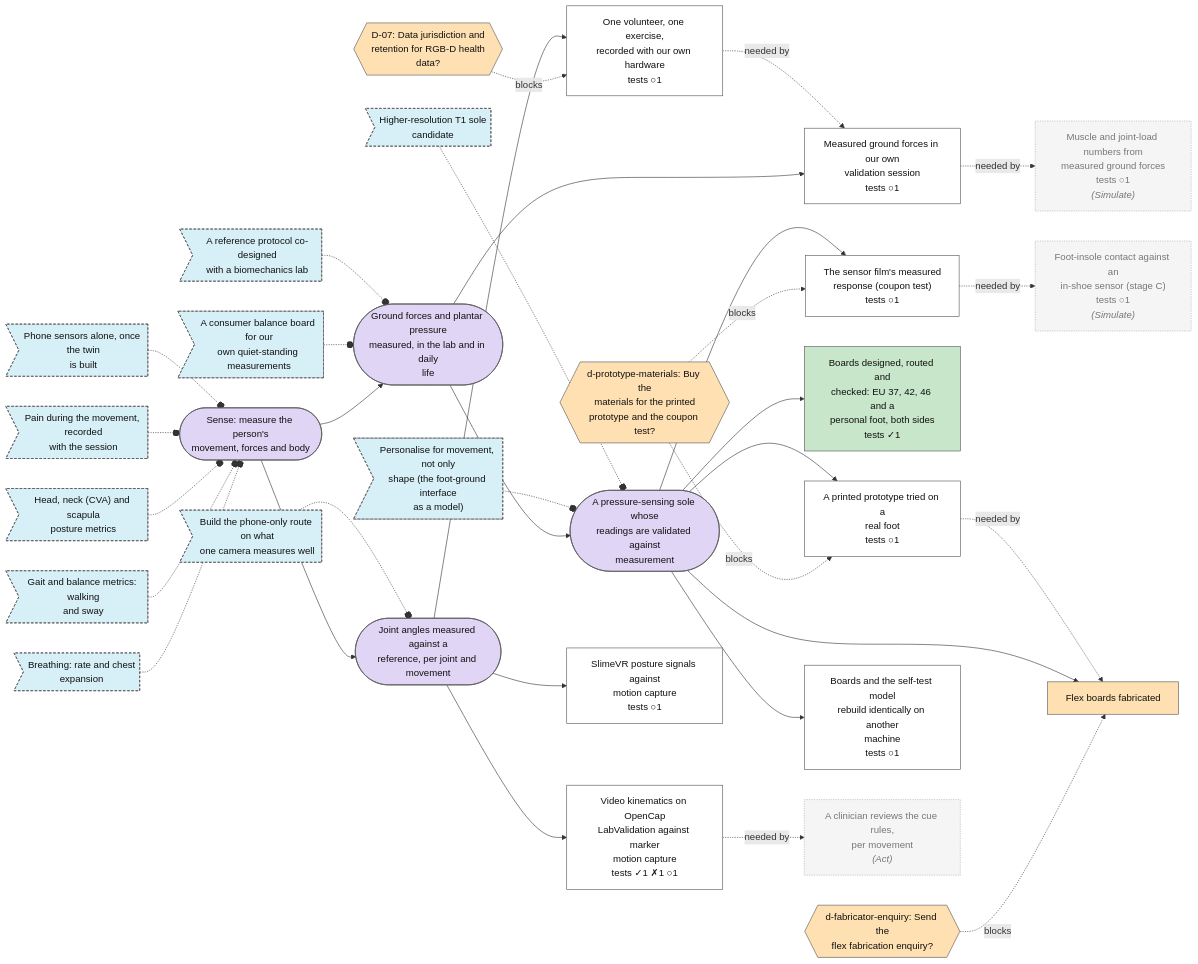
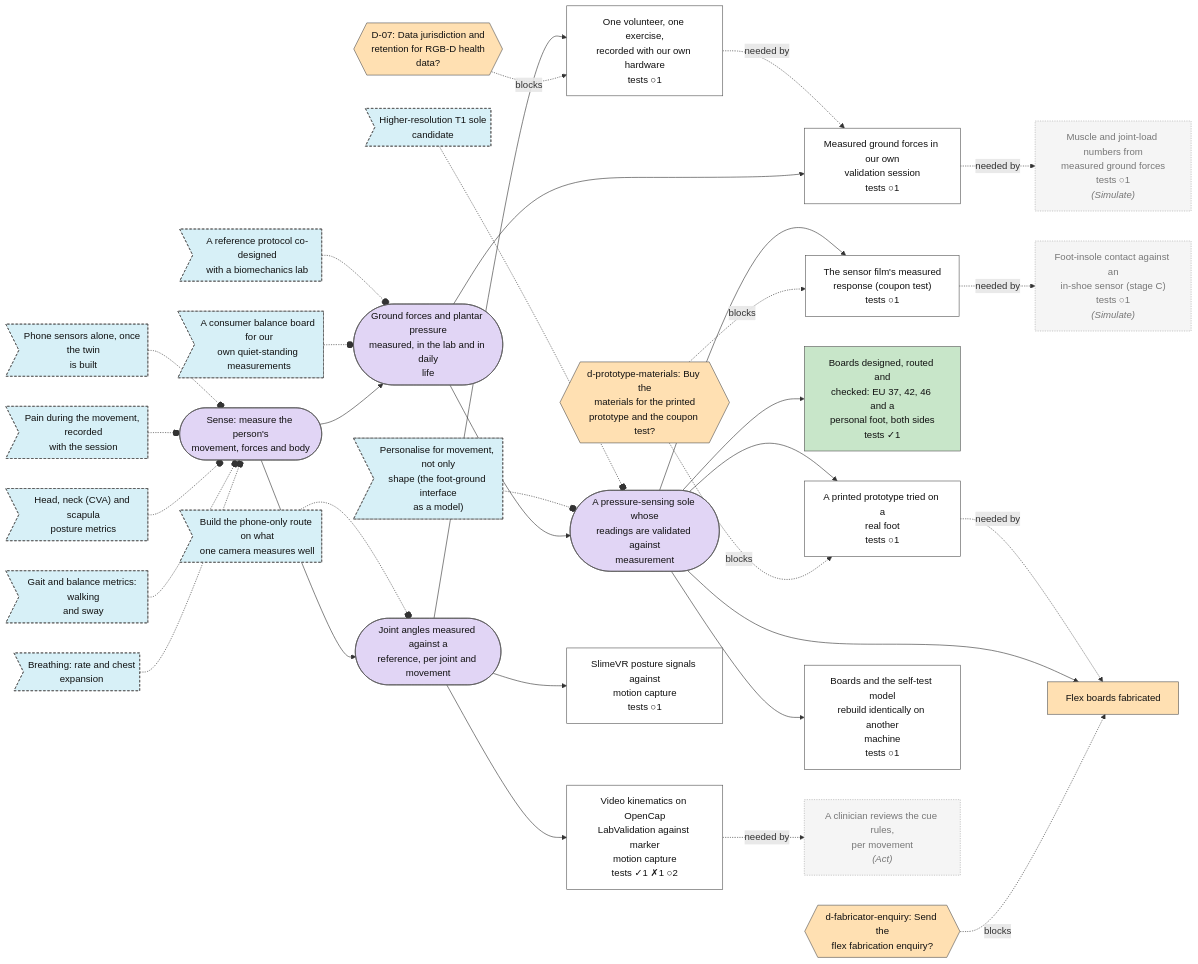
Before and after one commit to Sigurius23/Rehab-agent: the second of 7 diagrams in plan/MAP.md, drawn with Mermaid. The commit also changed other lines of this file and 2 other files, not shown here.

````diff
--- a/plan/MAP.md
+++ b/plan/MAP.md
@@ -47,82 +47,82 @@
 ```mermaid
 flowchart LR
   n0{{"D-07: Data jurisdiction and<br/>retention for RGB-D health<br/>data?"}}:::decision_open
   n1{{"d-fabricator-enquiry: Send the<br/>flex fabrication enquiry?"}}:::decision_open
   n2{{"d-prototype-materials: Buy the<br/>materials for the printed<br/>prototype and the coupon test?"}}:::decision_open
   n3["Measured ground forces in our own<br/>validation session<br/>tests ○1"]:::step_open
   n4(["Ground forces and plantar pressure<br/>measured, in the lab and in daily<br/>life"]):::goal_open
   n5(["Joint angles measured against a<br/>reference, per joint and movement"]):::goal_open
   n6(["A pressure-sensing sole whose<br/>readings are validated against<br/>measurement"]):::goal_open
   n7>"A consumer balance board for our<br/>own quiet-standing measurements"]:::idea_new
   n8>"Breathing: rate and chest<br/>expansion"]:::idea_new
   n9>"Gait and balance metrics: walking<br/>and sway"]:::idea_new
   n10>"Head, neck (CVA) and scapula<br/>posture metrics"]:::idea_new
   n11>"A reference protocol co-designed<br/>with a biomechanics lab"]:::idea_new
   n12>"Personalise for movement, not only<br/>shape (the foot-ground interface<br/>as a model)"]:::idea_new
   n13>"Build the phone-only route on what<br/>one camera measures well"]:::idea_new
   n14>"Pain during the movement, recorded<br/>with the session"]:::idea_new
   n15>"Phone sensors alone, once the twin<br/>is built"]:::idea_new
   n16>"Higher-resolution T1 sole<br/>candidate"]:::idea_new
-  n17["Video kinematics on OpenCap<br/>LabValidation against marker<br/>motion capture<br/>tests ✓1 ✗1 ○1"]:::step_open
+  n17["Video kinematics on OpenCap<br/>LabValidation against marker<br/>motion capture<br/>tests ✓1 ✗1 ○2"]:::step_open
   n18["One volunteer, one exercise,<br/>recorded with our own hardware<br/>tests ○1"]:::step_open
   n19(["Sense: measure the person's<br/>movement, forces and body"]):::goal_open
   n20["Boards designed, routed and<br/>checked: EU 37, 42, 46 and a<br/>personal foot, both sides<br/>tests ✓1"]:::step_done
   n21["The sensor film's measured<br/>response (coupon test)<br/>tests ○1"]:::step_open
   n22["Flex boards fabricated"]:::step_blocked
   n23["A printed prototype tried on a<br/>real foot<br/>tests ○1"]:::step_open
   n24["Boards and the self-test model<br/>rebuild identically on another<br/>machine<br/>tests ○1"]:::step_open
   n25["SlimeVR posture signals against<br/>motion capture<br/>tests ○1"]:::step_open
   n26["A clinician reviews the cue rules,<br/>per movement<br/><i>(Act)</i>"]:::external
   n27["Muscle and joint-load numbers from<br/>measured ground forces<br/>tests ○1<br/><i>(Simulate)</i>"]:::external
   n28["Foot-insole contact against an<br/>in-shoe sensor (stage C)<br/>tests ○1<br/><i>(Simulate)</i>"]:::external
   n0 -. blocks .-> n18
   n1 -. blocks .-> n22
   n2 -. blocks .-> n23
   n2 -. blocks .-> n21
   n4 --> n3
   n18 -. needed by .-> n3
   n19 --> n4
   n19 --> n5
   n4 --> n6
   n7 -.-o n4
   n8 -.-o n19
   n9 -.-o n19
   n10 -.-o n19
   n11 -.-o n4
   n12 -.-o n6
   n13 -.-o n5
   n14 -.-o n19
   n15 -.-o n19
   n16 -.-o n6
   n5 --> n17
   n5 --> n18
   n6 --> n20
   n6 --> n21
   n6 --> n22
   n23 -. needed by .-> n22
   n6 --> n23
   n6 --> n24
   n5 --> n25
   n17 -. needed by .-> n26
   n3 -. needed by .-> n27
   n21 -. needed by .-> n28
   classDef goal_open fill:#e1d5f5,stroke:#555,color:#111
   classDef goal_done fill:#c8e6c9,stroke:#555,color:#111
   classDef step_open fill:#ffffff,stroke:#555,color:#111
   classDef step_doing fill:#fff3c4,stroke:#555,color:#111
   classDef step_done fill:#c8e6c9,stroke:#555,color:#111
   classDef step_blocked fill:#ffe0b2,stroke:#555,color:#111
   classDef step_dropped fill:#eeeeee,stroke:#555,color:#111
   classDef test_planned fill:#ffffff,stroke:#555,color:#111
   classDef test_running fill:#fff3c4,stroke:#555,color:#111
   classDef test_passed fill:#c8e6c9,stroke:#555,color:#111
   classDef test_failed fill:#ffcdd2,stroke:#555,color:#111
   classDef test_mixed fill:#fff3c4,stroke:#555,color:#111
   classDef test_dropped fill:#eeeeee,stroke:#555,color:#111
   classDef idea_new fill:#d7f0f7,stroke:#555,color:#111,stroke-dasharray: 4 3
   classDef idea_promoted fill:#eeeeee,stroke:#555,color:#111,stroke-dasharray: 4 3
   classDef idea_dropped fill:#eeeeee,stroke:#555,color:#111,stroke-dasharray: 4 3
   classDef decision_open fill:#ffe0b2,stroke:#555,color:#111
   classDef decision_decided fill:#ffe0b2,stroke:#555,color:#111
   classDef external fill:#f5f5f5,stroke:#aaa,color:#777,stroke-dasharray: 2 2
 ```
````
